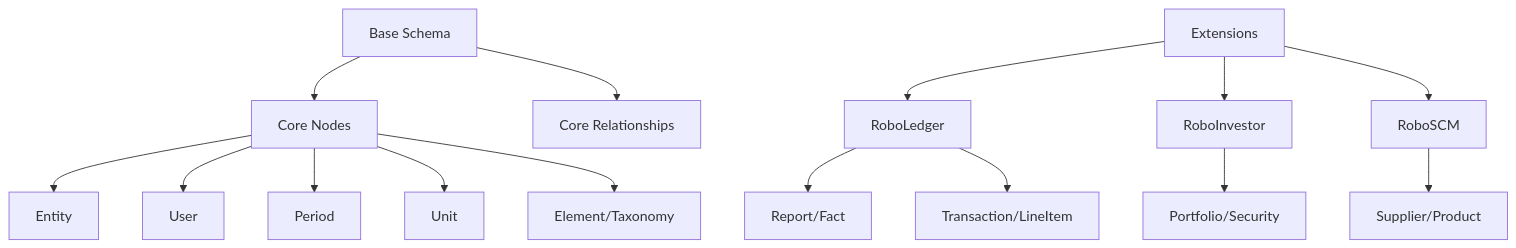
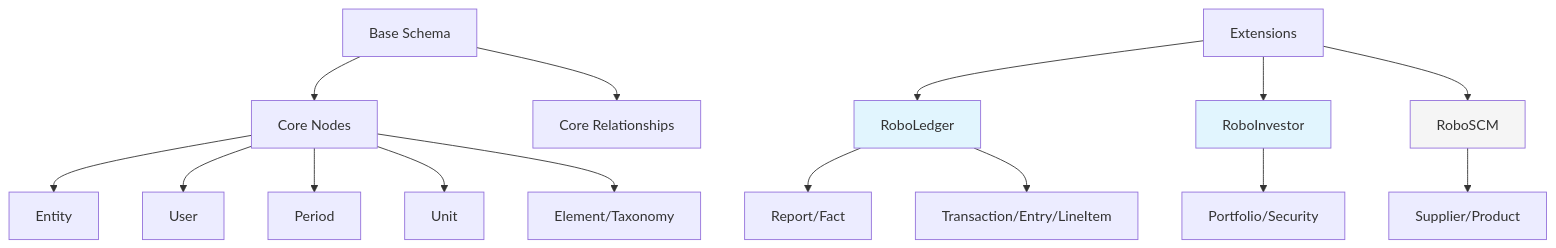
The diagram in robosystems/schemas/README.md (RoboFinSystems/robosystems), drawn with Mermaid before and after one commit. The commit also changed other lines of this file and 10 other files, not shown here.

````diff
--- a/robosystems/schemas/README.md
+++ b/robosystems/schemas/README.md
@@ -41,19 +101,23 @@
 ```mermaid
 graph TD
     A[Base Schema] --> B[Core Nodes]
     A --> C[Core Relationships]
     B --> D[Entity]
     B --> E[User]
     B --> F[Period]
     B --> G[Unit]
     B --> H[Element/Taxonomy]
 
     I[Extensions] --> J[RoboLedger]
     I --> K[RoboInvestor]
     I --> L[RoboSCM]
 
     J --> M[Report/Fact]
-    J --> N[Transaction/LineItem]
+    J --> N[Transaction/Entry/LineItem]
     K --> O[Portfolio/Security]
     L --> P[Supplier/Product]
+
+    style J fill:#e1f5fe
+    style K fill:#e1f5fe
+    style L fill:#f5f5f5
 ```
````
